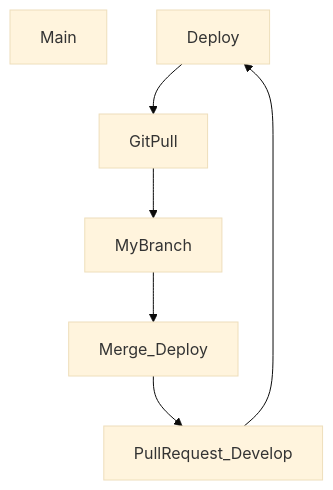
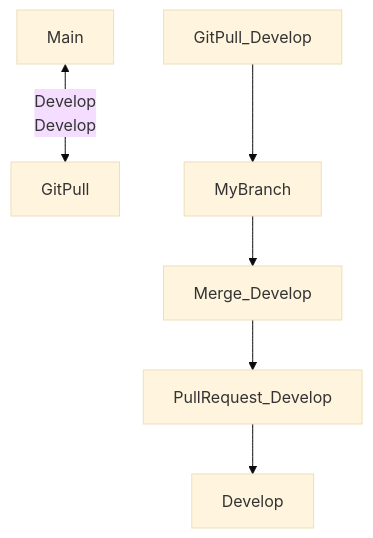
Before and after one commit to TheNefelin/BootcApp: the first of 2 diagrams in README.md, drawn with Mermaid (base theme). The commit also changed other lines of this file, not shown here.

Commit message:
Security in Grade List

````diff
--- a/README.md
+++ b/README.md
@@ -13,9 +13,9 @@
 ```mermaid
 graph TD;
-    Main
-    Deploy --> GitPull 
-    GitPull --> MyBranch
-    MyBranch --> Merge_Deploy
-    Merge_Deploy --> PullRequest_Develop
-    PullRequest_Develop --> Deploy;
+    Main <-- Develop
+    Develop --> GitPull 
+    GitPull_Develop --> MyBranch
+    MyBranch --> Merge_Develop
+    Merge_Develop --> PullRequest_Develop
+    PullRequest_Develop --> Develop;
 ```
````
